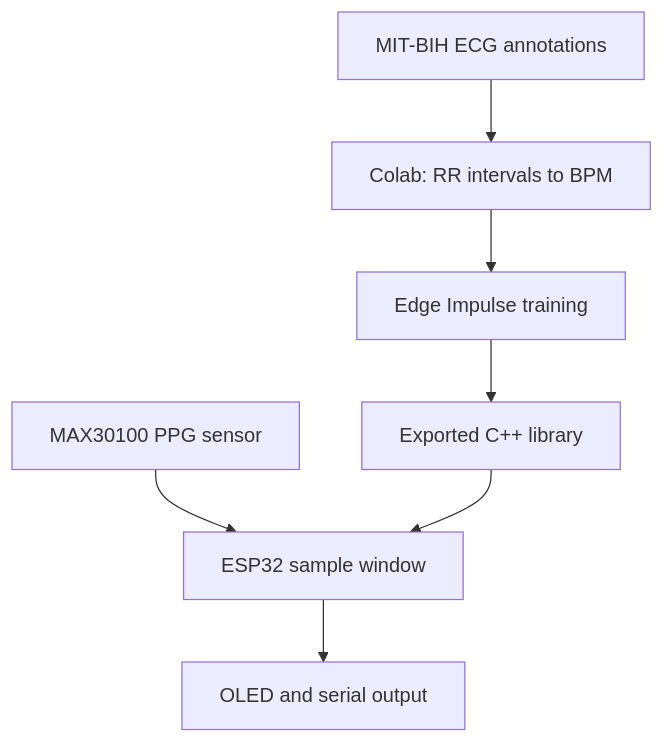
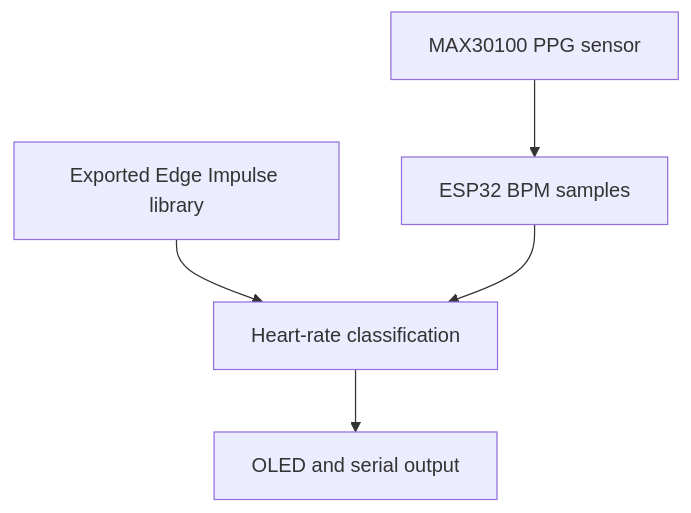
The diagram in README.md (kathirece/AI-ENHANCHED-ARRYTHMIA-DETECTION), drawn with Mermaid before and after one commit. The commit also changed other lines of this file and 4 other files, not shown here.

````diff
--- a/README.md
+++ b/README.md
@@ -23,9 +23,7 @@
 ```mermaid
 flowchart TD
-    A["MIT-BIH ECG annotations"] --> B["Colab: RR intervals to BPM"]
-    B --> C["Edge Impulse training"]
-    C --> D["Exported C++ library"]
-    E["MAX30100 PPG sensor"] --> F["ESP32 sample window"]
-    D --> F
-    F --> G["OLED and serial output"]
+    A["MAX30100 PPG sensor"] --> B["ESP32 BPM samples"]
+    C["Exported Edge Impulse library"] --> D["Heart-rate classification"]
+    B --> D
+    D --> E["OLED and serial output"]
 ```
````
